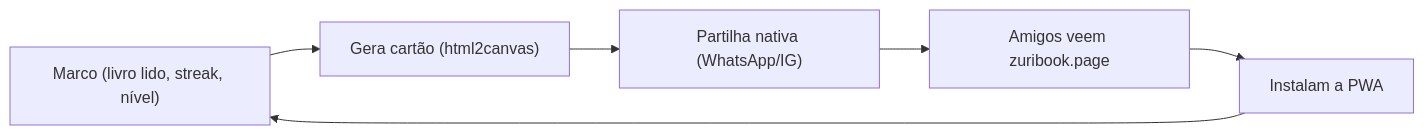
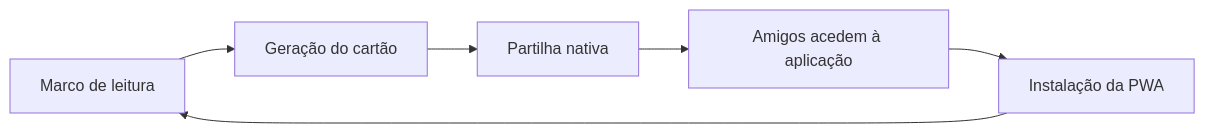
Before and after one commit to juniorclesionguni-source/zuri: the ninth of 10 diagrams in docs/RELATORIO.md, drawn with Mermaid. The commit also changed other lines of this file and 8 other files, not shown here.

````diff
--- a/docs/RELATORIO.md
+++ b/docs/RELATORIO.md
@@ -403,8 +407,8 @@
 ```mermaid
 flowchart LR
-  Milestone["Marco (livro lido, streak, nível)"] --> Card["Gera cartão (html2canvas)"]
-  Card --> Share["Partilha nativa (WhatsApp/IG)"]
-  Share --> Link["Amigos veem zuribook.page"]
-  Link --> Install["Instalam a PWA"]
-  Install --> Milestone
+  Marco["Marco de leitura"] --> Cartao["Geração do cartão"]
+  Cartao --> Partilha["Partilha nativa"]
+  Partilha --> Ligacao["Amigos acedem à aplicação"]
+  Ligacao --> Instalacao["Instalação da PWA"]
+  Instalacao --> Marco
 ```
````
